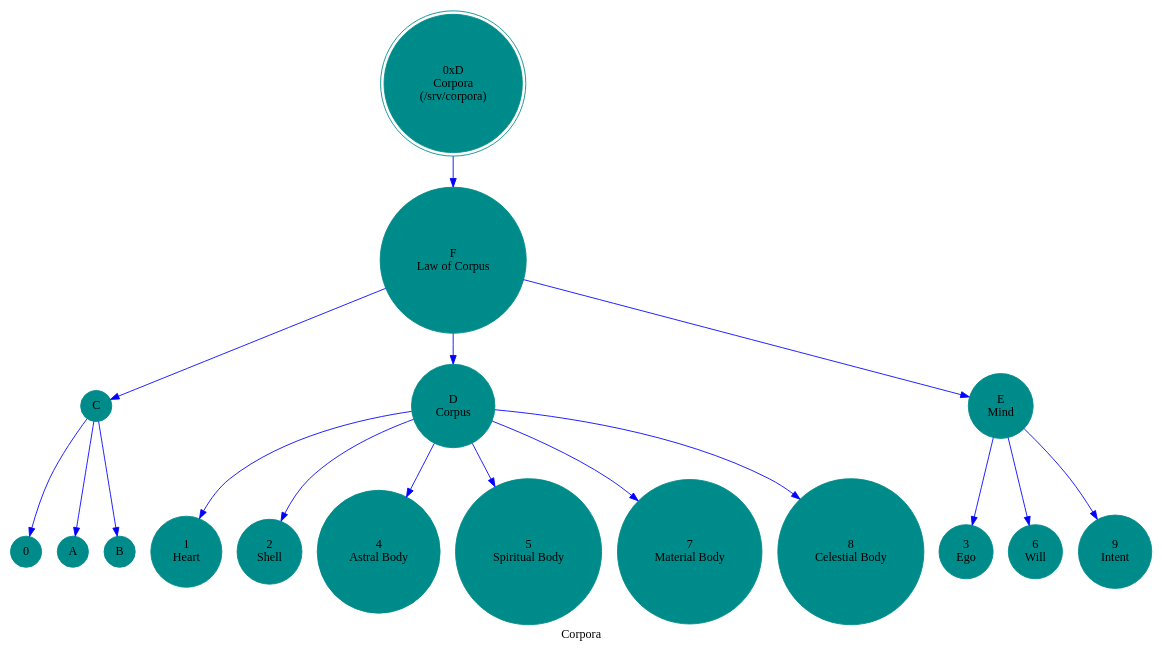
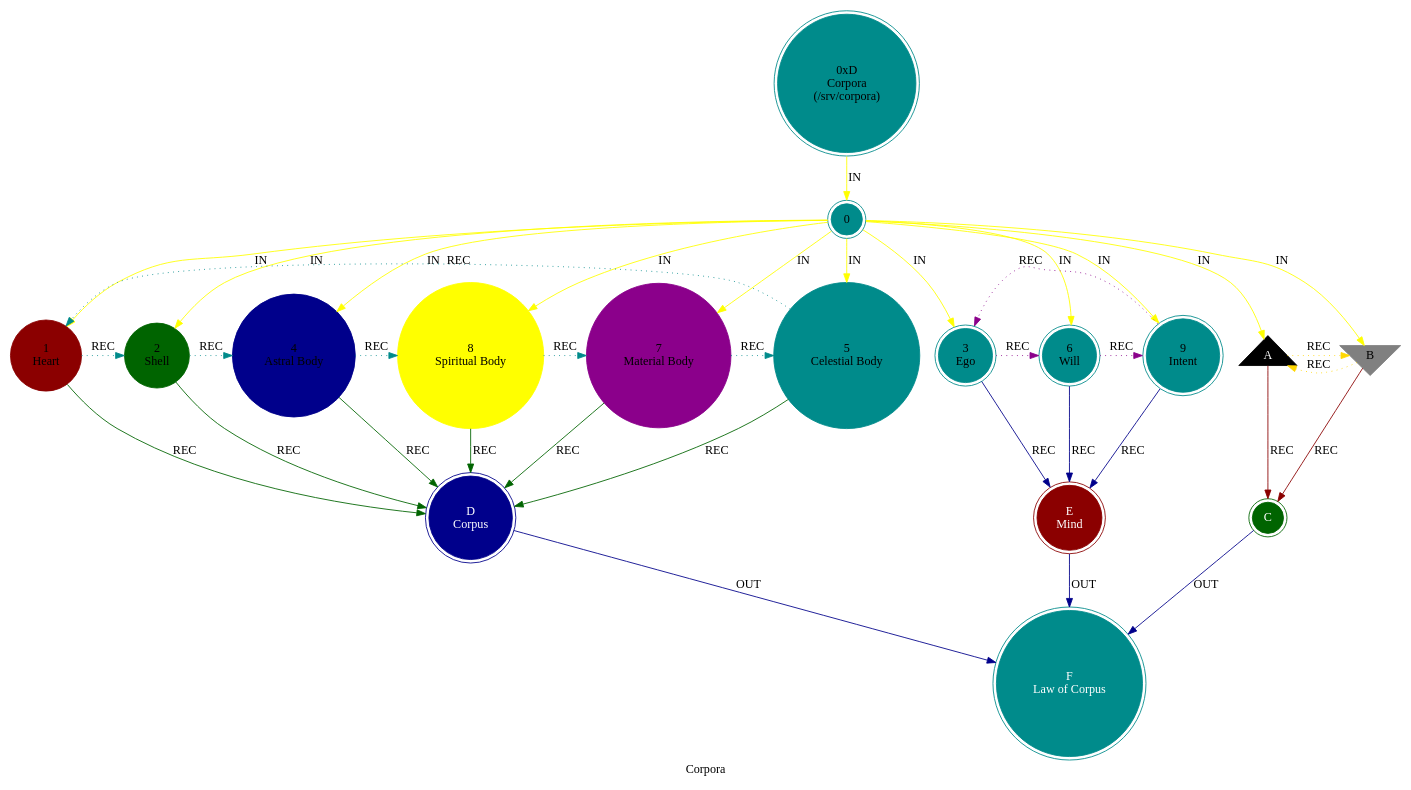
One commit to cilang/mythos changed the diagram in src/core/mythos_srv_corpora.dot. Above: the diagram before and after it, drawn with Graphviz. The commit also changed 5 other files, not shown here.

```diff
--- a/src/core/mythos_srv_corpora.dot
+++ b/src/core/mythos_srv_corpora.dot
@@ -1,33 +1,44 @@
 digraph G {
     label = "Corpora";
     style = filled;
     color = red;
     comment = "";
     node [shape = circle; style = filled; color = darkcyan;];
     
     spark_d_mythos_t [label = "0xD\nCorpora\n(/srv/corpora)";shape = doublecircle;];
     
-    spark_0_corpora_t [label = "0\n";];
-    spark_1_corpora_t [label = "1\nHeart";];
-    spark_2_corpora_t [label = "2\nShell";];
-    spark_3_corpora_t [label = "3\nEgo";];
-    spark_4_corpora_t [label = "4\nAstral Body";];
-    spark_5_corpora_t [label = "5\nSpiritual Body";];
-    spark_6_corpora_t [label = "6\nWill";];
-    spark_7_corpora_t [label = "7\nMaterial Body";];
-    spark_8_corpora_t [label = "8\nCelestial Body";];
-    spark_9_corpora_t [label = "9\nIntent";];
-    spark_a_corpora_t [label = "A\n";];
-    spark_b_corpora_t [label = "B\n";];
-    spark_c_corpora_t [label = "C\n";];
-    spark_d_corpora_t [label = "D\nCorpus";];
-    spark_e_corpora_t [label = "E\nMind";];
-    spark_f_corpora_t [label = "F\nLaw of Corpus";];
+    // The Sacred 3-6-9 (Boundary of Perception).
+    // "If you knew the magnificence of 3, 6, and 9, you would have a key to the universe." — Tesla.
+    // The 1-2-4-8-7-5 Vortex (Boundary of Comprehension).
+    spark_0_corpus_t [label = "0\n";shape = doublecircle;comment = "";];
+    spark_1_corpus_t [label = "1\nHeart";shape = circle;color = darkred;comment = "";];
+    spark_2_corpus_t [label = "2\nShell";shape = circle;color = darkgreen;comment = "";];
+    spark_4_corpus_t [label = "4\nAstral Body";shape = circle;color = darkblue;comment = "";];
+    spark_8_corpus_t [label = "8\nSpiritual Body";shape = circle;color = yellow;comment = "";];
+    spark_7_corpus_t [label = "7\nMaterial Body";shape = circle;color = darkmagenta;comment = "";];
+    spark_5_corpus_t [label = "5\nCelestial Body";shape = circle;color = darkcyan;comment = "";];
+    spark_3_corpus_t [label = "3\nEgo";shape = doublecircle;comment = "";];
+    spark_6_corpus_t [label = "6\nWill";shape = doublecircle;comment = "";];
+    spark_9_corpus_t [label = "9\nIntent";shape = doublecircle;comment = "";];
+    spark_a_corpus_t [label = "A\n";shape = triangle;color = black;fontcolor = white;comment = "";];
+    spark_b_corpus_t [label = "B\n";shape = invtriangle;color = grey;comment = "";];
+    spark_c_corpus_t [label = "C\n";shape = doublecircle;color = darkgreen;style = filled;fontcolor = white;];
+    spark_d_corpus_t [label = "D\nCorpus";shape = doublecircle;color = darkblue;style = filled;fontcolor = white;];
+    spark_e_corpus_t [label = "E\nMind";shape = doublecircle;color = darkred;style = filled;fontcolor = white;];
+    spark_f_corpus_t [label = "F\nLaw of Corpus";shape = doublecircle;color = darkcyan;style = filled;fontcolor = white;];
     
-    // Corpora System
-    spark_d_mythos_t -> {spark_f_corpora_t} [label = ""; color = blue;];
-    spark_f_corpora_t -> {spark_e_corpora_t spark_d_corpora_t spark_c_corpora_t} [label = ""; color = blue;];
-    spark_c_corpora_t -> {spark_a_corpora_t spark_0_corpora_t spark_b_corpora_t} [label = ""; color = blue;];
-    spark_d_corpora_t -> {spark_1_corpora_t spark_2_corpora_t spark_4_corpora_t spark_5_corpora_t spark_7_corpora_t spark_8_corpora_t} [label = ""; color = blue;];
-    spark_e_corpora_t -> {spark_3_corpora_t spark_6_corpora_t spark_9_corpora_t} [label = ""; color = blue;];
+    // IN = Input
+    // OUT = Output
+    // REC = Recursion
+    spark_d_mythos_t -> spark_0_corpus_t -> {spark_a_corpus_t spark_b_corpus_t spark_1_corpus_t spark_2_corpus_t spark_3_corpus_t spark_4_corpus_t spark_5_corpus_t spark_6_corpus_t spark_7_corpus_t spark_8_corpus_t spark_9_corpus_t} [label = "IN"; color = yellow; comment = "";];
+    
+    {spark_a_corpus_t spark_b_corpus_t} -> spark_c_corpus_t [label = "REC"; color = darkred; comment = "";];
+    {spark_1_corpus_t spark_2_corpus_t spark_4_corpus_t spark_8_corpus_t spark_7_corpus_t spark_5_corpus_t} -> spark_d_corpus_t [label = "REC"; color = darkgreen; comment = "";];
+    {spark_3_corpus_t spark_6_corpus_t spark_9_corpus_t} -> spark_e_corpus_t [label = "REC"; color = darkblue; comment = "";];
+    
+    spark_1_corpus_t -> spark_2_corpus_t -> spark_4_corpus_t -> spark_8_corpus_t -> spark_7_corpus_t -> spark_5_corpus_t -> spark_1_corpus_t [label = "REC"; color = darkcyan; comment = ""; style = dotted; constraint = false;];
+    spark_3_corpus_t -> spark_6_corpus_t -> spark_9_corpus_t -> spark_3_corpus_t [label = "REC"; color = darkmagenta; comment = ""; style = dotted; constraint = false;];
+    spark_a_corpus_t -> spark_b_corpus_t -> spark_a_corpus_t [label = "REC"; color = gold; comment = ""; style = dotted; constraint = false;];
+    
+    {spark_c_corpus_t spark_d_corpus_t spark_e_corpus_t} -> spark_f_corpus_t [label = "OUT"; color = darkblue; comment = "";];
 }
```
